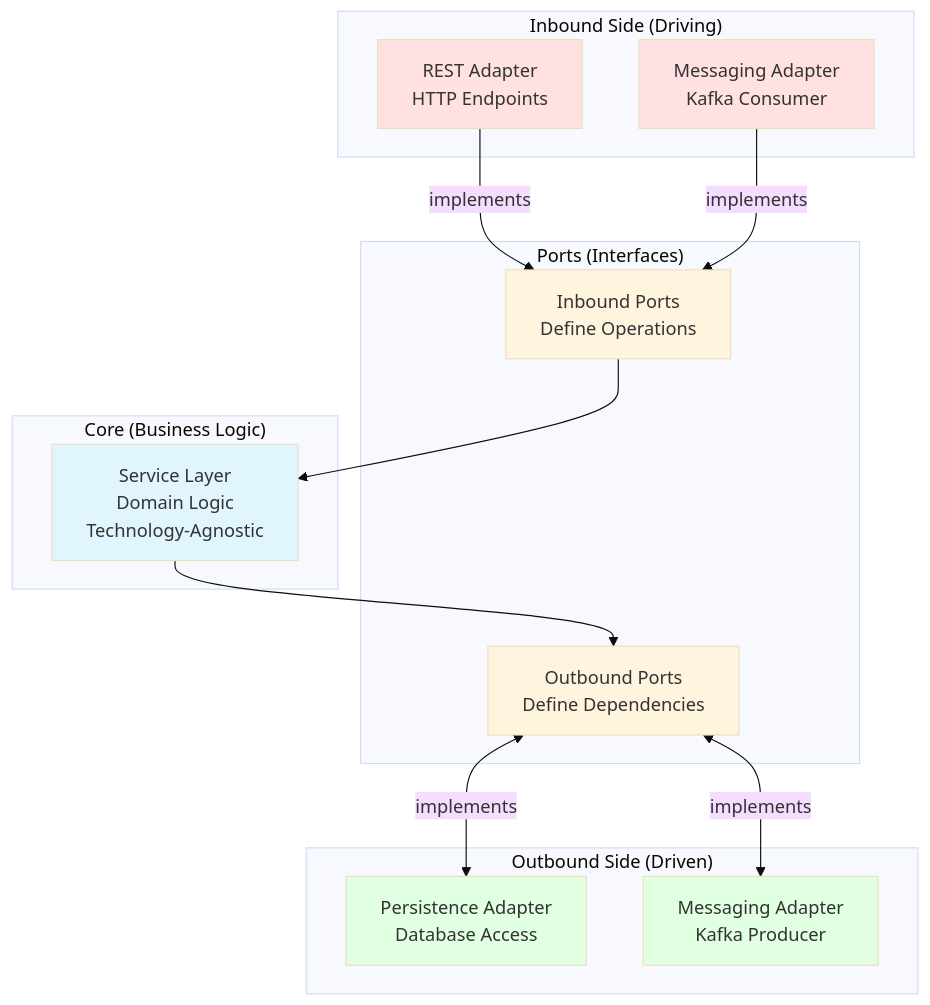
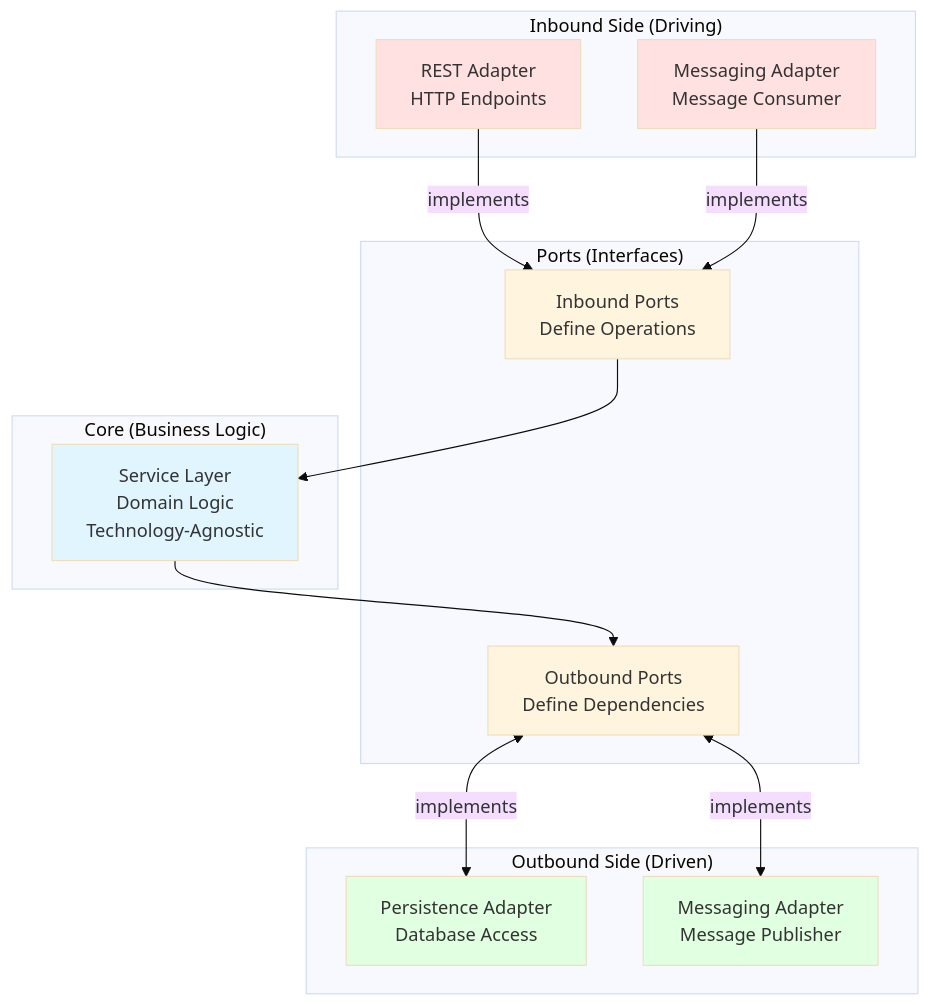
One commit to bogdansolga/microservices-training changed the second of 6 diagrams in docs/Architecture-Overview.md. Above: the diagram before and after it, drawn with Mermaid (base theme). The commit also changed 5 other files, not shown here.

````diff
--- a/docs/Architecture-Overview.md
+++ b/docs/Architecture-Overview.md
@@ -66,34 +66,34 @@
 ```mermaid
 graph TB
     subgraph "Inbound Side (Driving)"
         REST_A[REST Adapter<br/>HTTP Endpoints]
-        MSG_A[Messaging Adapter<br/>Kafka Consumer]
+        MSG_A[Messaging Adapter<br/>Message Consumer]
     end
 
     subgraph "Ports (Interfaces)"
         REST_P[Inbound Ports<br/>Define Operations]
         MSG_P[Outbound Ports<br/>Define Dependencies]
     end
 
     subgraph "Core (Business Logic)"
         CORE[Service Layer<br/>Domain Logic<br/>Technology-Agnostic]
     end
 
     subgraph "Outbound Side (Driven)"
         DB_A[Persistence Adapter<br/>Database Access]
-        KAFKA_A[Messaging Adapter<br/>Kafka Producer]
+        MSG_OUT_A[Messaging Adapter<br/>Message Publisher]
     end
 
     REST_A -->|implements| REST_P
     MSG_A -->|implements| REST_P
     REST_P --> CORE
     CORE --> MSG_P
     MSG_P <-->|implements| DB_A
-    MSG_P <-->|implements| KAFKA_A
+    MSG_P <-->|implements| MSG_OUT_A
 
     style CORE fill:#e1f5ff
     style REST_A fill:#ffe1e1
     style MSG_A fill:#ffe1e1
     style DB_A fill:#e1ffe1
-    style KAFKA_A fill:#e1ffe1
+    style MSG_OUT_A fill:#e1ffe1
 ```
````
